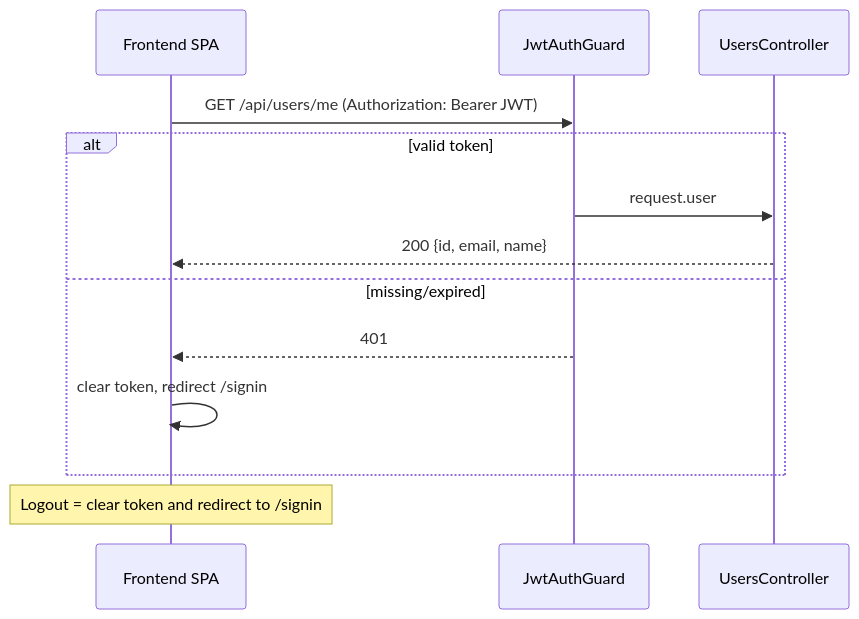
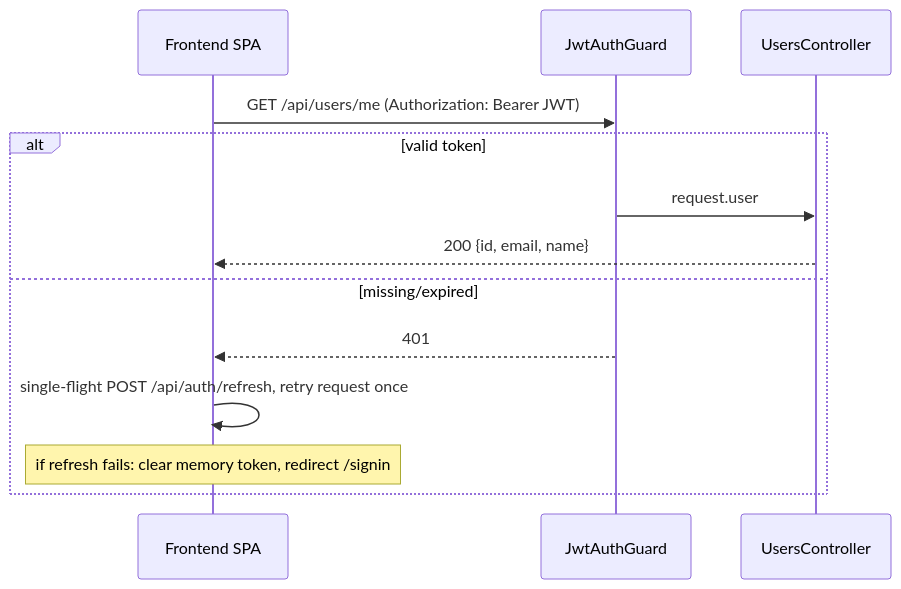
The third of 5 diagrams in docs/architecture/auth-flow.md (Rowan-habashy/easyGenerator-auth), drawn with Mermaid before and after one commit. The commit also changed other lines of this file and 5 other files, not shown here.

````diff
--- a/docs/architecture/auth-flow.md
+++ b/docs/architecture/auth-flow.md
@@ -56,16 +58,16 @@
 ```mermaid
 sequenceDiagram
     participant F as Frontend SPA
     participant G as JwtAuthGuard
     participant C as UsersController
 
     F->>G: GET /api/users/me (Authorization: Bearer JWT)
     alt valid token
         G->>C: request.user
         C-->>F: 200 {id, email, name}
     else missing/expired
         G-->>F: 401
-        F->>F: clear token, redirect /signin
+        F->>F: single-flight POST /api/auth/refresh, retry request once
+        Note over F: if refresh fails: clear memory token, redirect /signin
     end
-    Note over F: Logout = clear token and redirect to /signin
 ```
````
